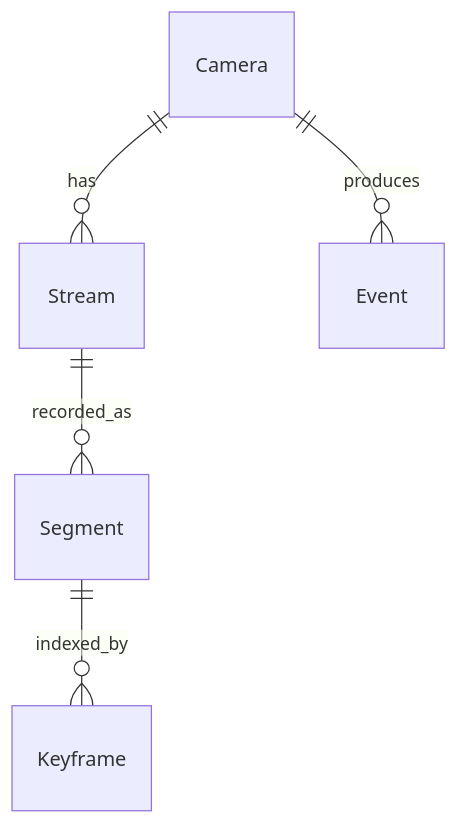
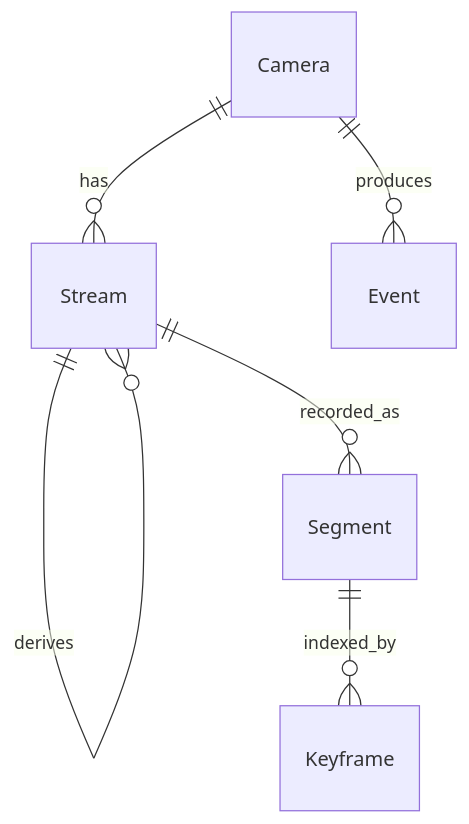
Before and after one commit to SytheZN/simple-vms: the diagram in docs/data-model.md, drawn with Mermaid. The commit also changed other lines of this file and 7 other files, not shown here.

First line of the commit message:
docs: revise architecture for derived streams and plugin-scoped config

````diff
--- a/docs/data-model.md
+++ b/docs/data-model.md
@@ -104,7 +109,8 @@
 ```mermaid
 erDiagram
     Camera ||--o{ Stream : has
+    Stream ||--o{ Stream : derives
     Stream ||--o{ Segment : recorded_as
     Segment ||--o{ Keyframe : indexed_by
     Camera ||--o{ Event : produces
 ```
````
